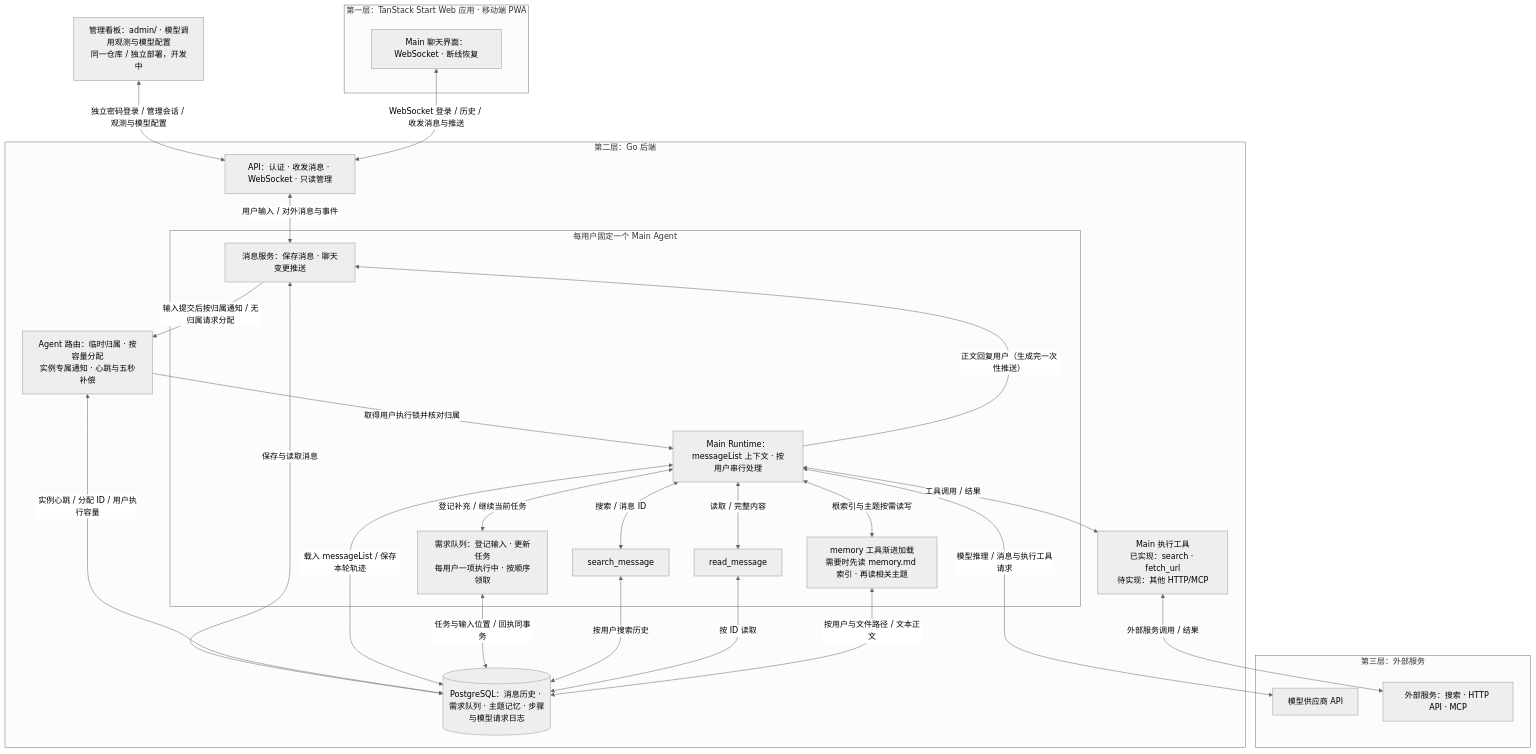
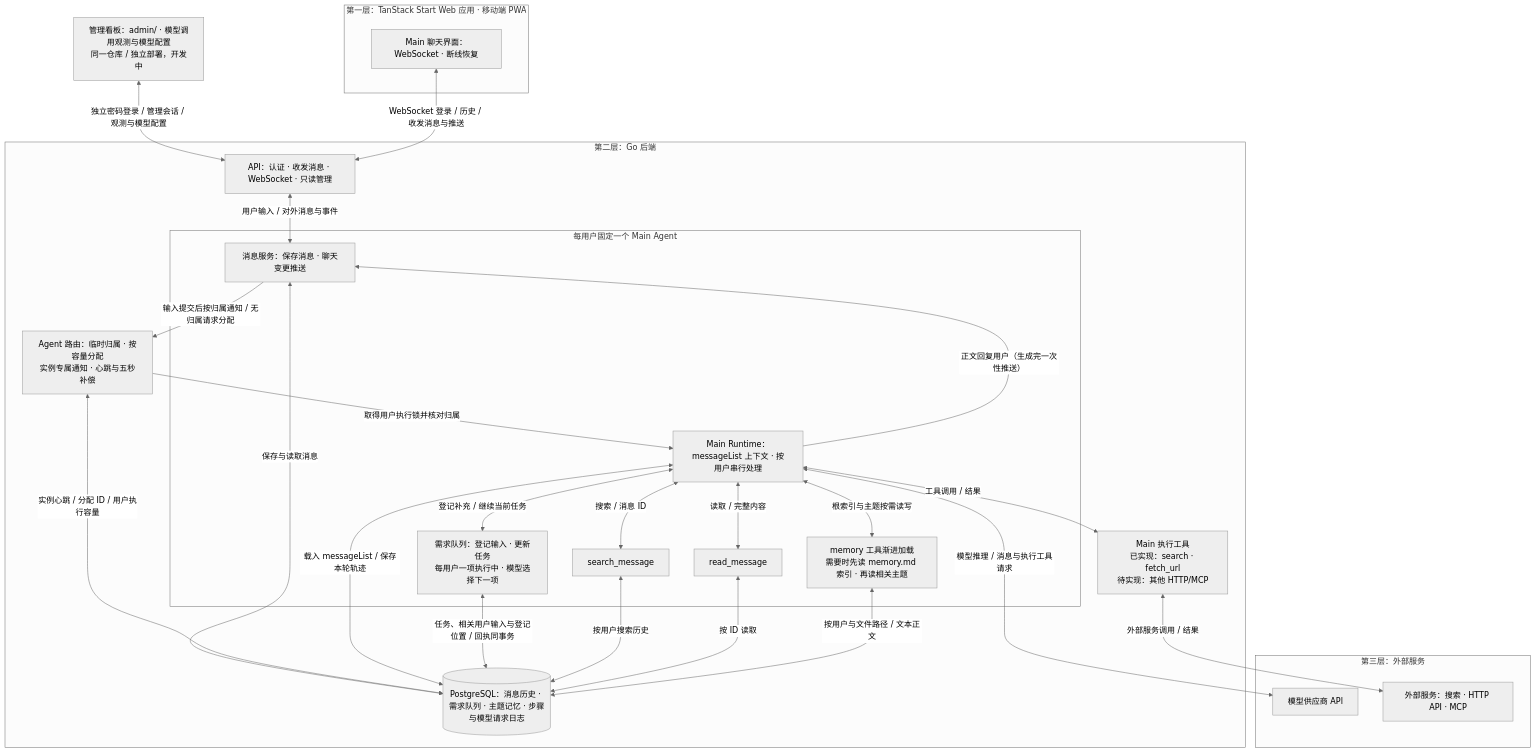
The diagram in docs/architecture.mmd (OmniNetOpensource/aether-personal), drawn with Mermaid (neutral theme) before and after one commit. The commit also changed 22 other files, not shown here.

```diff
--- a/docs/architecture.mmd
+++ b/docs/architecture.mmd
@@ -1,51 +1,51 @@
 flowchart TD
     subgraph L1["第一层：TanStack Start Web 应用 · 移动端 PWA"]
         CLIENT["Main 聊天界面：WebSocket · 断线恢复"]
     end
 
     subgraph L2["第二层：Go 后端"]
         API["API：认证 · 收发消息 · WebSocket · 只读管理"]
         MESSAGES["消息服务：保存消息 · 聊天变更推送"]
         ROUTING["Agent 路由：临时归属 · 按容量分配<br/>实例专属通知 · 心跳与五秒补偿"]
         DB[("PostgreSQL：消息历史 · 需求队列 · 主题记忆 · 步骤与模型请求日志")]
 
         subgraph MAINBOX["每用户固定一个 Main Agent"]
             MAIN["Main Runtime：messageList 上下文 · 按用户串行处理"]
-            TASKS["需求队列：登记输入 · 更新任务<br/>每用户一项执行中 · 按顺序领取"]
+            TASKS["需求队列：登记输入 · 更新任务<br/>每用户一项执行中 · 模型选择下一项"]
             SEARCH["search_message"]
             READ["read_message"]
             MEMORY["memory 工具渐进加载<br/>需要时先读 memory.md 索引 · 再读相关主题"]
 
             MAIN <-->|"登记补充 / 继续当前任务"| TASKS
             MAIN <-->|"搜索 / 消息 ID"| SEARCH
             MAIN <-->|"读取 / 完整内容"| READ
             MAIN <-->|"根索引与主题按需读写"| MEMORY
             MAIN -->|"正文回复用户（生成完一次性推送）"| MESSAGES
         end
 
         TOOLS["Main 执行工具<br/>已实现：search · fetch_url<br/>待实现：其他 HTTP/MCP"]
         MAIN <-->|"工具调用 / 结果"| TOOLS
         API <-->|"用户输入 / 对外消息与事件"| MESSAGES
         MESSAGES <-->|"保存与读取消息"| DB
         MESSAGES -->|"输入提交后按归属通知 / 无归属请求分配"| ROUTING
         ROUTING <-->|"实例心跳 / 分配 ID / 用户执行容量"| DB
         ROUTING -->|"取得用户执行锁并核对归属"| MAIN
         MAIN <-->|"载入 messageList / 保存本轮轨迹"| DB
 
-        TASKS <-->|"任务与输入位置 / 回执同事务"| DB
+        TASKS <-->|"任务、相关用户输入与登记位置 / 回执同事务"| DB
         SEARCH <-->|"按用户搜索历史"| DB
         READ <-->|"按 ID 读取"| DB
         MEMORY <-->|"按用户与文件路径 / 文本正文"| DB
 
     end
 
     subgraph L3["第三层：外部服务"]
         MODEL["模型供应商 API"]
         EXTERNAL["外部服务：搜索 · HTTP API · MCP"]
     end
 
     ADMIN["管理看板：admin/ · 模型调用观测与模型配置<br/>同一仓库 / 独立部署，开发中"]
     ADMIN <-->|"独立密码登录 / 管理会话 / 观测与模型配置"| API
     CLIENT <-->|"WebSocket 登录 / 历史 / 收发消息与推送"| API
     MAIN <-->|"模型推理 / 消息与执行工具请求"| MODEL
     TOOLS <-->|"外部服务调用 / 结果"| EXTERNAL
```
